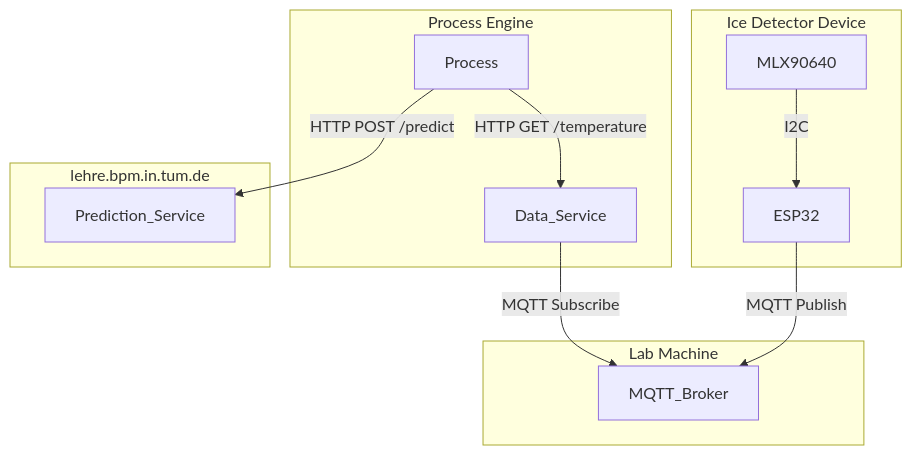
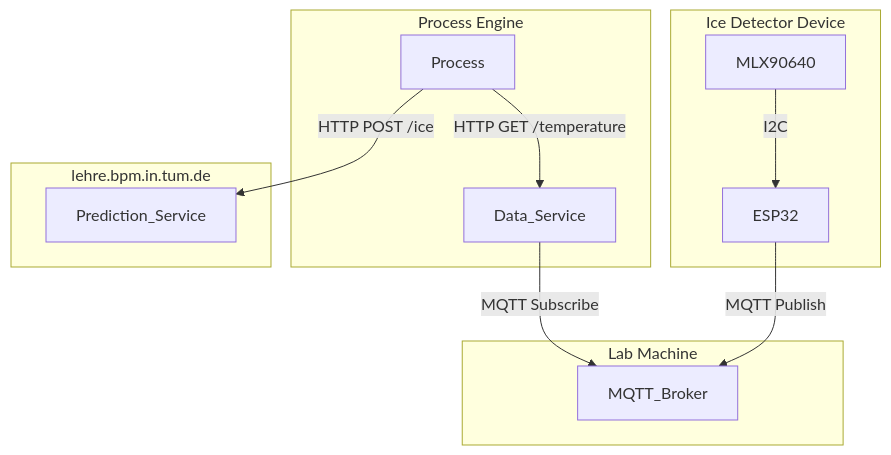
One commit to jannemannX/master-praktikum-SoSe24 changed the diagram in README.md. Above: the diagram before and after it, drawn with Mermaid.

````diff
--- a/README.md
+++ b/README.md
@@ -7,19 +7,19 @@
 ```mermaid
 graph TD
     subgraph Process Engine
         Process -->|HTTP GET /temperature| Data_Service        
     end
 
     subgraph Ice Detector Device
         MLX90640 -->|I2C| ESP32
     end
     ESP32 -->|MQTT Publish| MQTT_Broker
 
     subgraph Lab Machine
         Data_Service -->|MQTT Subscribe| MQTT_Broker
     end
 
     subgraph lehre.bpm.in.tum.de
-        Process -->|HTTP POST /predict| Prediction_Service
+        Process -->|HTTP POST /ice| Prediction_Service
     end
 ```
````
